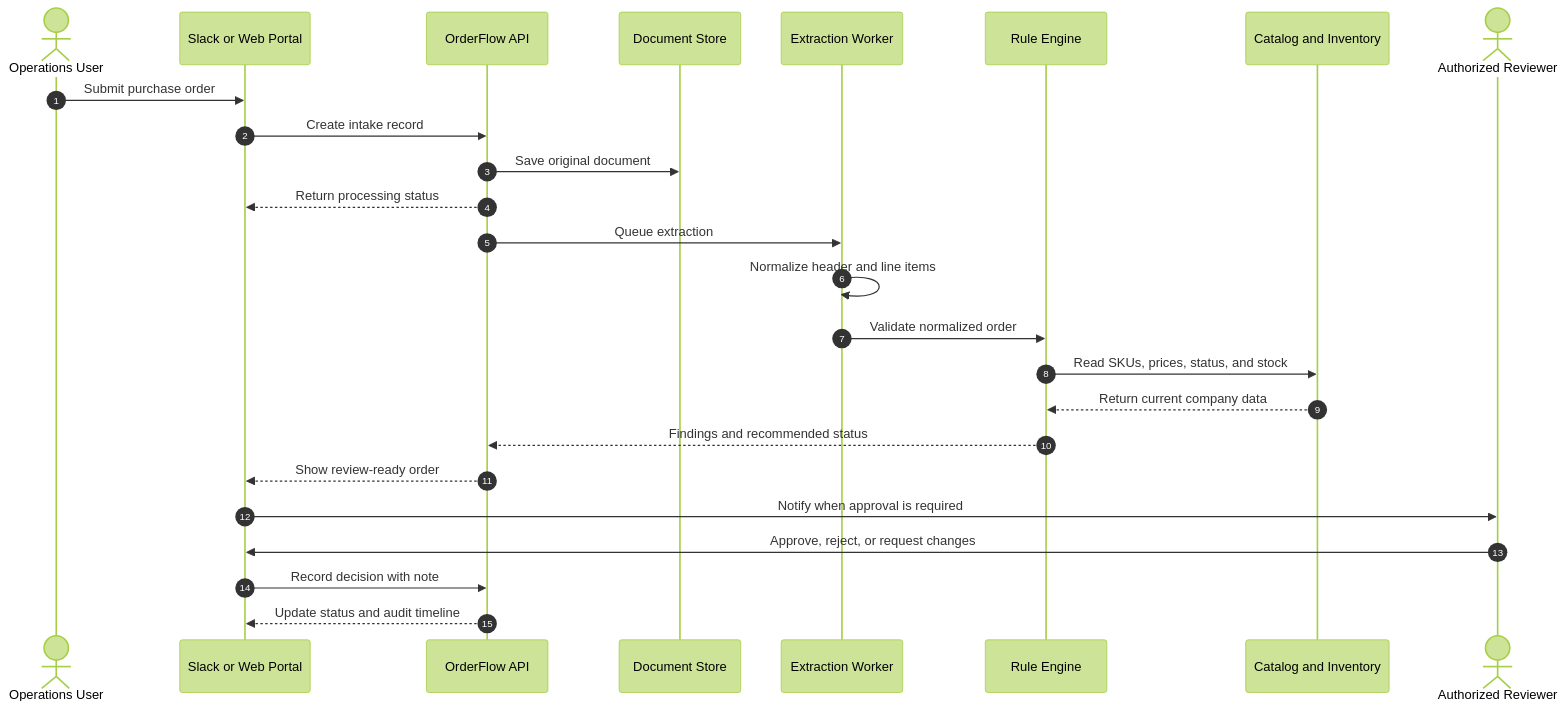
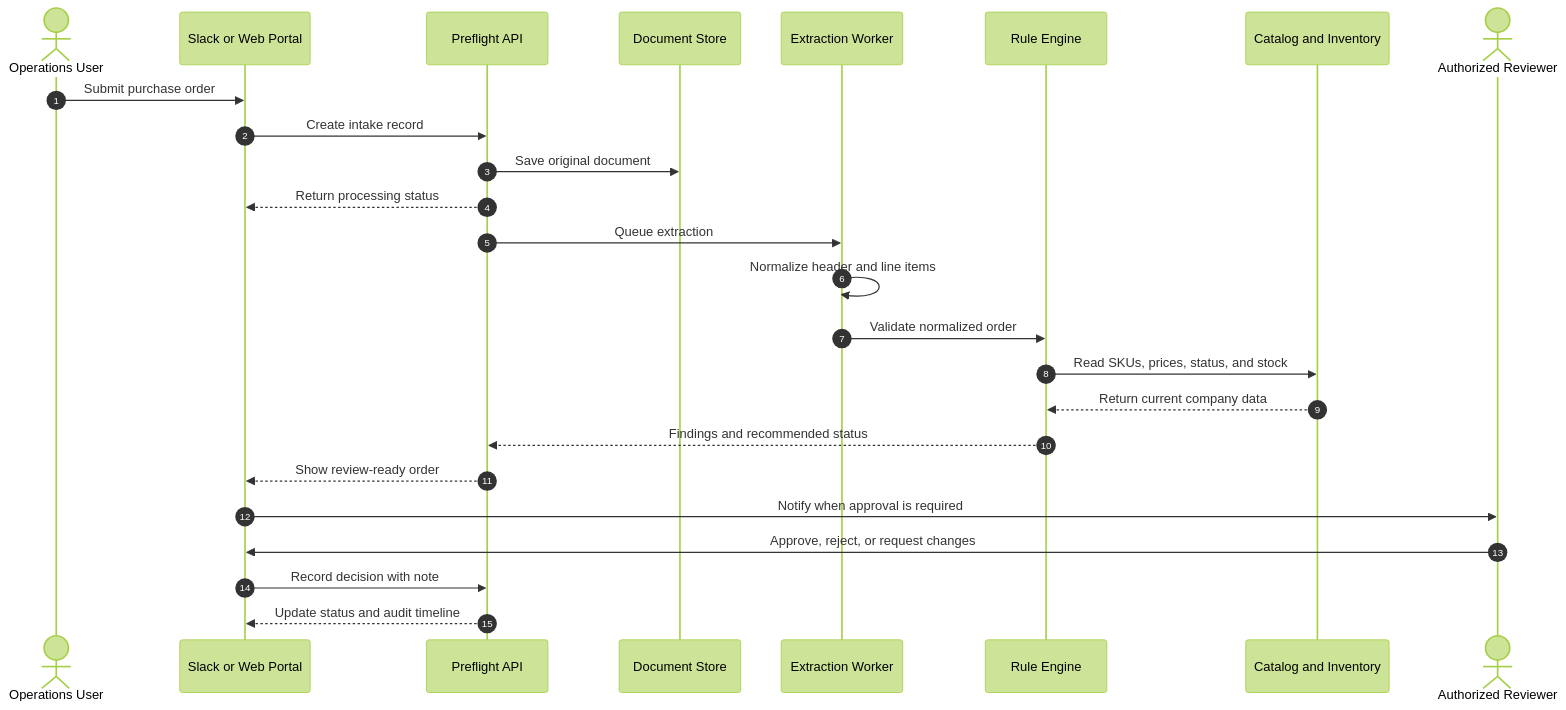
One commit to brianhuynh2021/po-preflight changed the third of 5 diagrams in docs/architecture.md. Above: the diagram before and after it, drawn with Mermaid (forest theme). The commit also changed other lines of this file and 32 other files, not shown here.

First line of the commit message:
Rename project from OrderFlow AI to PO Preflight

````diff
--- a/docs/architecture.md
+++ b/docs/architecture.md
@@ -89,28 +89,28 @@
 ```mermaid
 sequenceDiagram
     autonumber
     actor User as Operations User
     participant UI as Slack or Web Portal
-    participant API as OrderFlow API
+    participant API as Preflight API
     participant Store as Document Store
     participant Extract as Extraction Worker
     participant Rules as Rule Engine
     participant Data as Catalog and Inventory
     actor Manager as Authorized Reviewer
 
     User->>UI: Submit purchase order
     UI->>API: Create intake record
     API->>Store: Save original document
     API-->>UI: Return processing status
     API->>Extract: Queue extraction
     Extract->>Extract: Normalize header and line items
     Extract->>Rules: Validate normalized order
     Rules->>Data: Read SKUs, prices, status, and stock
     Data-->>Rules: Return current company data
     Rules-->>API: Findings and recommended status
     API-->>UI: Show review-ready order
     UI->>Manager: Notify when approval is required
     Manager->>UI: Approve, reject, or request changes
     UI->>API: Record decision with note
     API-->>UI: Update status and audit timeline
 ```
````
